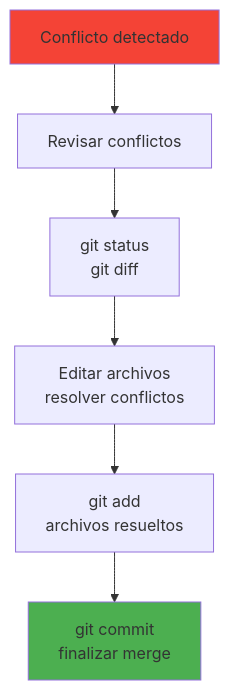
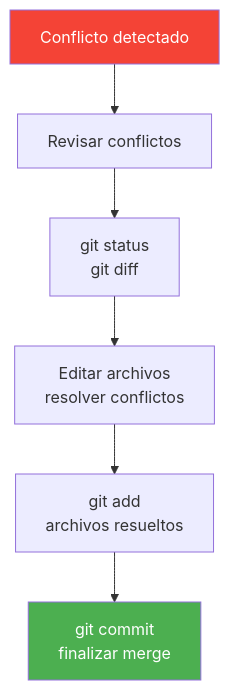
Before and after one commit to joseluisgs/DesarrolloWebEntornosServidor-01-2026-2027: the ninth of 10 diagrams in csharp_inicial/01-ControlVersiones.md, drawn with Mermaid. The commit also changed other lines of this file and 66 other files, not shown here.

First line of the commit message:
fix: normalizar titulos al castellano de frase y corregir la paleta de mermaid

````diff
--- a/csharp_inicial/01-ControlVersiones.md
+++ b/csharp_inicial/01-ControlVersiones.md
@@ -323,11 +323,11 @@
 ```mermaid
 graph TD
     A["Conflicto detectado"] --> B["Revisar conflictos"]
     B --> C["git status<br/>git diff"]
     C --> D["Editar archivos<br/>resolver conflictos"]
     D --> E["git add<br/>archivos resueltos"]
     E --> F["git commit<br/>finalizar merge"]
     
-    style A fill:#F44336
-    style F fill:#4CAF50
+    style A fill:#F44336,color:#fff
+    style F fill:#4CAF50,color:#fff
 ```
````
